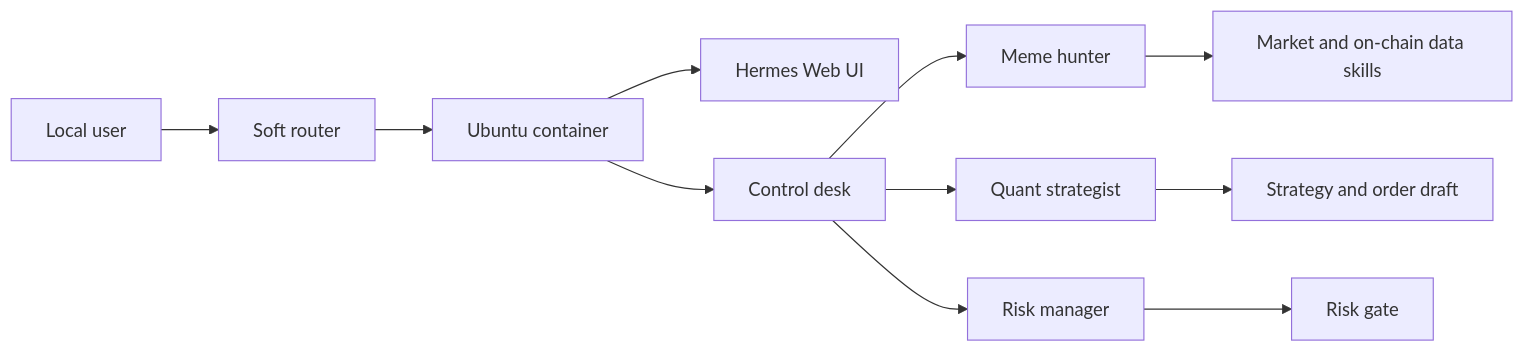
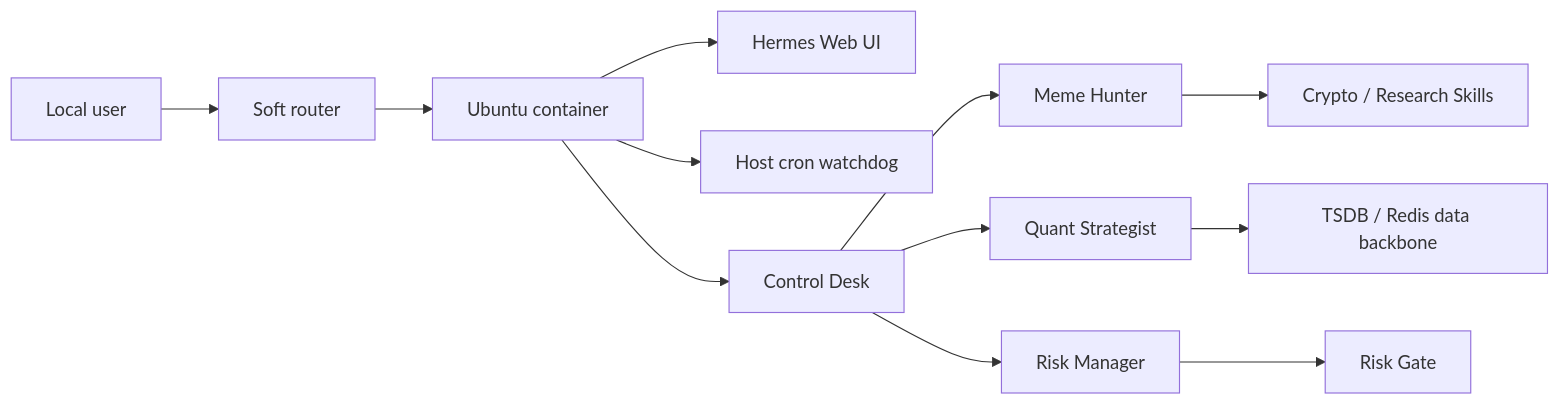
One commit to baiyuxi930826/hermes-router-agent-lab changed the second of 2 diagrams in README.md. Above: the diagram before and after it, drawn with Mermaid. The commit also changed other lines of this file, not shown here.

````diff
--- a/README.md
+++ b/README.md
@@ -36,13 +141,14 @@
 ```mermaid
 flowchart LR
   User["Local user"] --> Router["Soft router"]
   Router --> Ubuntu["Ubuntu container"]
   Ubuntu --> WebUI["Hermes Web UI"]
-  Ubuntu --> Gateway["Control desk"]
-  Gateway --> Meme["Meme hunter"]
-  Gateway --> Quant["Quant strategist"]
-  Gateway --> Risk["Risk manager"]
-  Meme --> Data["Market and on-chain data skills"]
-  Quant --> Plans["Strategy and order draft"]
-  Risk --> Gate["Risk gate"]
+  Ubuntu --> Watchdog["Host cron watchdog"]
+  Ubuntu --> Gateway["Control Desk"]
+  Gateway --> Meme["Meme Hunter"]
+  Gateway --> Quant["Quant Strategist"]
+  Gateway --> Risk["Risk Manager"]
+  Meme --> Skills["Crypto / Research Skills"]
+  Quant --> Store["TSDB / Redis data backbone"]
+  Risk --> Gate["Risk Gate"]
 ```
````
